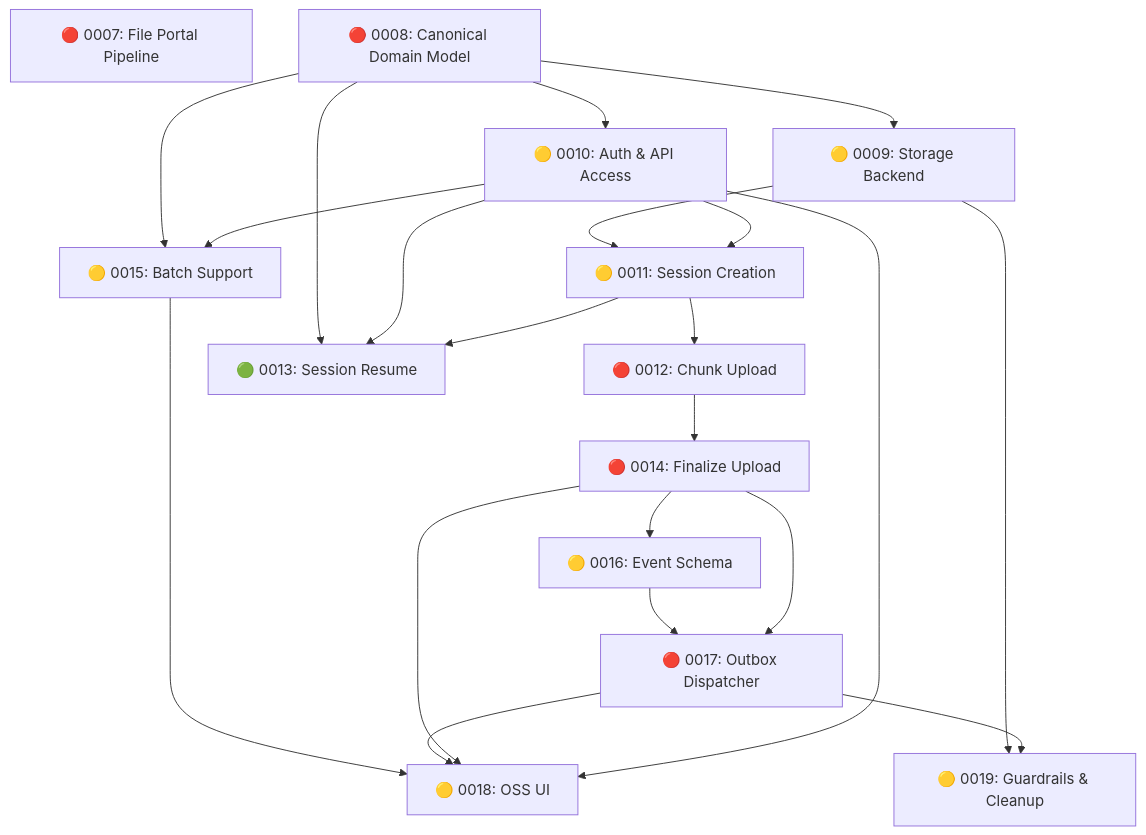
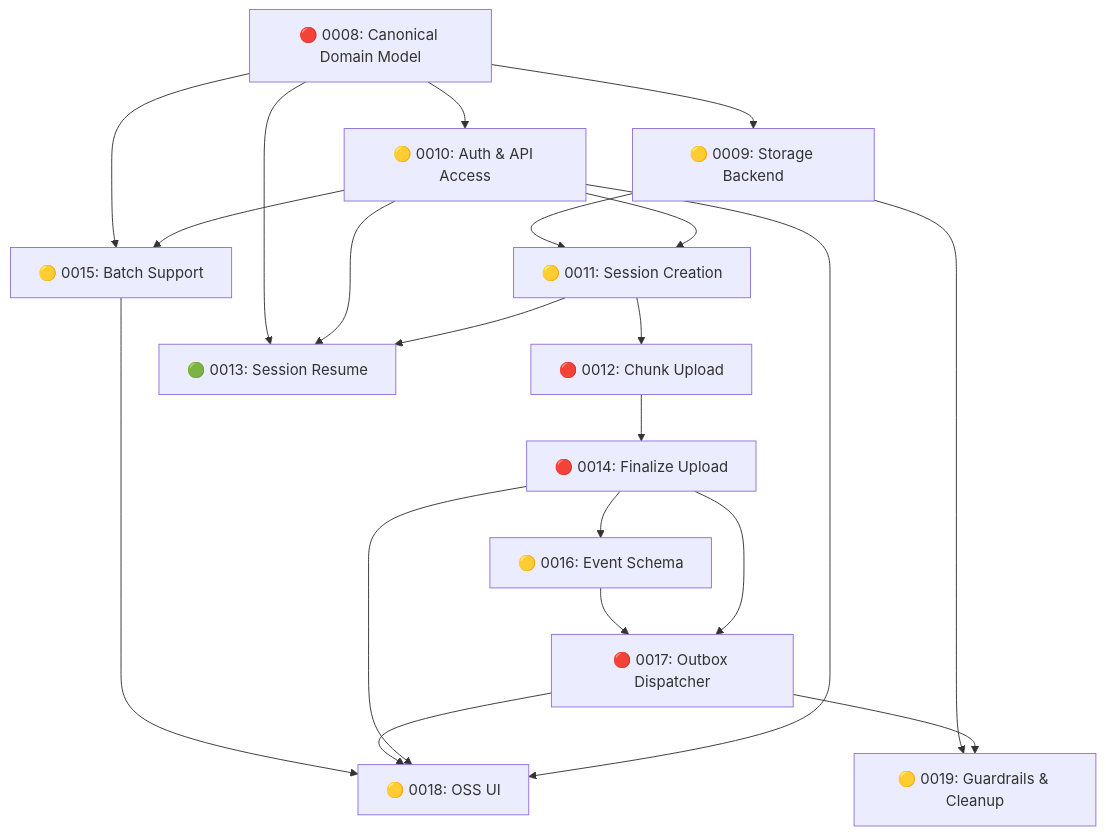
The diagram in PEPs/INDEX.md (rjusher/doorito), drawn with Mermaid before and after one commit. The commit also changed other lines of this file and 14 other files, not shown here.

First line of the commit message:
Finalize PEP 0007: File Portal Pipeline

````diff
--- a/PEPs/INDEX.md
+++ b/PEPs/INDEX.md
@@ -23,37 +22,36 @@
 ```mermaid
 graph TD
-    PEP0007["🔴 0007: File Portal Pipeline"]
     PEP0008["🔴 0008: Canonical Domain Model"]
     PEP0009["🟡 0009: Storage Backend"]
     PEP0010["🟡 0010: Auth & API Access"]
     PEP0011["🟡 0011: Session Creation"]
     PEP0012["🔴 0012: Chunk Upload"]
     PEP0013["🟢 0013: Session Resume"]
     PEP0014["🔴 0014: Finalize Upload"]
     PEP0015["🟡 0015: Batch Support"]
     PEP0016["🟡 0016: Event Schema"]
     PEP0017["🔴 0017: Outbox Dispatcher"]
     PEP0018["🟡 0018: OSS UI"]
     PEP0019["🟡 0019: Guardrails & Cleanup"]
 
     PEP0008 --> PEP0009
     PEP0008 --> PEP0010
     PEP0009 --> PEP0011
     PEP0010 --> PEP0011
     PEP0011 --> PEP0012
     PEP0008 --> PEP0013
     PEP0010 --> PEP0013
     PEP0011 --> PEP0013
     PEP0012 --> PEP0014
     PEP0008 --> PEP0015
     PEP0010 --> PEP0015
     PEP0014 --> PEP0016
     PEP0016 --> PEP0017
     PEP0014 --> PEP0017
     PEP0015 --> PEP0018
     PEP0017 --> PEP0018
     PEP0014 --> PEP0018
     PEP0010 --> PEP0018
     PEP0009 --> PEP0019
     PEP0017 --> PEP0019
 ```
````
